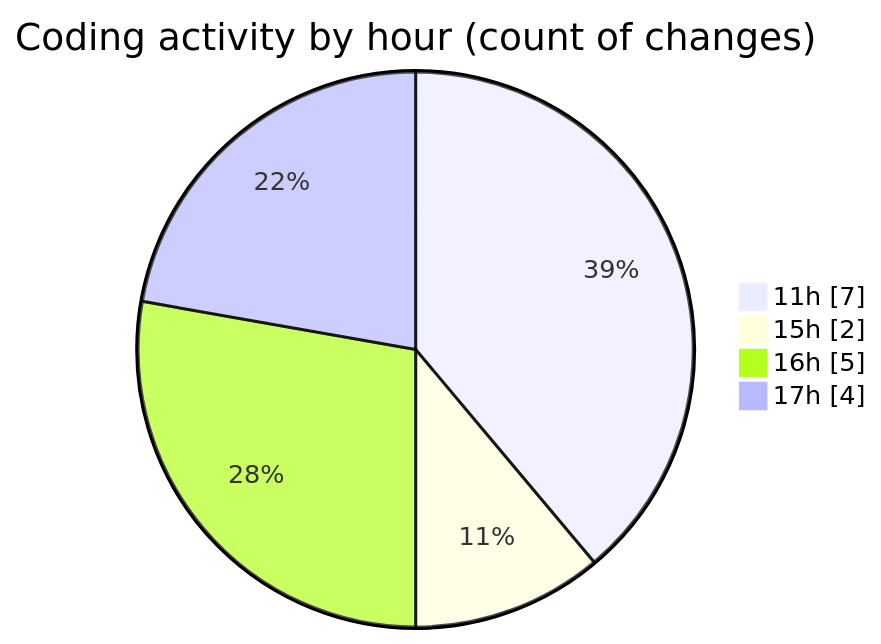
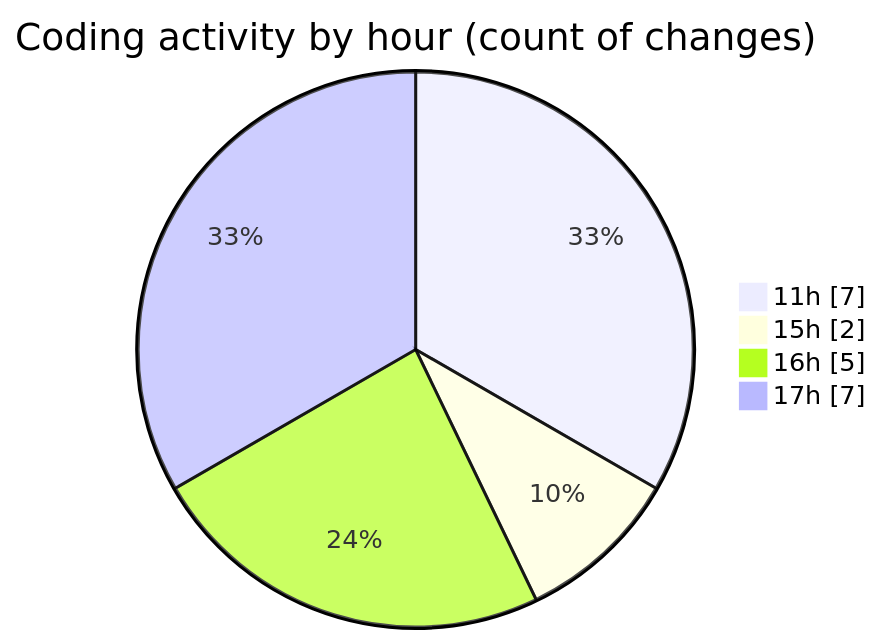
Before and after one commit to jcpc91/code-tracking: the second of 2 diagrams in 2025-05-12/cancelacionsegurosvida/README.md, drawn with Mermaid. The commit also changed other lines of this file and 1 other file, not shown here.

````diff
--- a/2025-05-12/cancelacionsegurosvida/README.md
+++ b/2025-05-12/cancelacionsegurosvida/README.md
@@ -32,8 +34,8 @@
 ```mermaid
 pie showData
 title Coding activity by hour (count of changes)
 "11h" : 7
 "15h" : 2
 "16h" : 5
-"17h" : 4
+"17h" : 7
 ```
````
